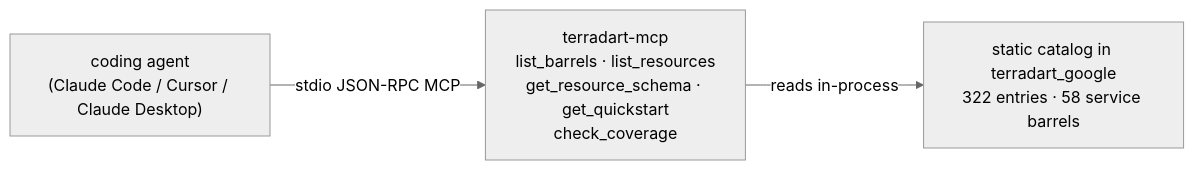
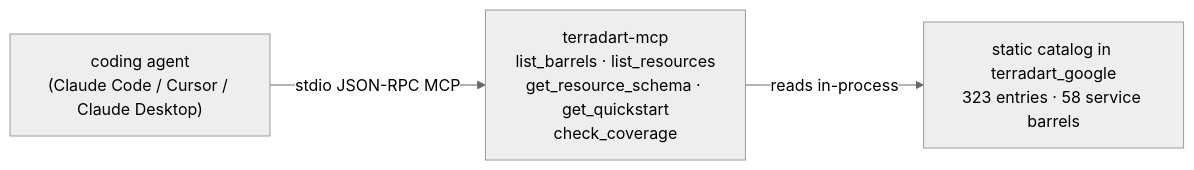
Before and after one commit to nozomi-koborinai/terradart: the diagram in website/src/content/docs/docs/agent/index.md, drawn with Mermaid (neutral theme). The commit also changed other lines of this file and 15 other files, not shown here.

````diff
--- a/website/src/content/docs/docs/agent/index.md
+++ b/website/src/content/docs/docs/agent/index.md
@@ -12,8 +12,8 @@
 ```mermaid
 graph LR
   agent["coding agent<br/>(Claude Code / Cursor / Claude Desktop)"]
   mcp["terradart-mcp<br/>list_barrels · list_resources<br/>get_resource_schema · get_quickstart<br/>check_coverage"]
-  catalog["static catalog in terradart_google<br/>322 entries · 58 service barrels"]
+  catalog["static catalog in terradart_google<br/>323 entries · 58 service barrels"]
   agent -->|stdio JSON-RPC MCP| mcp
   mcp -->|reads in-process| catalog
 ```
````
